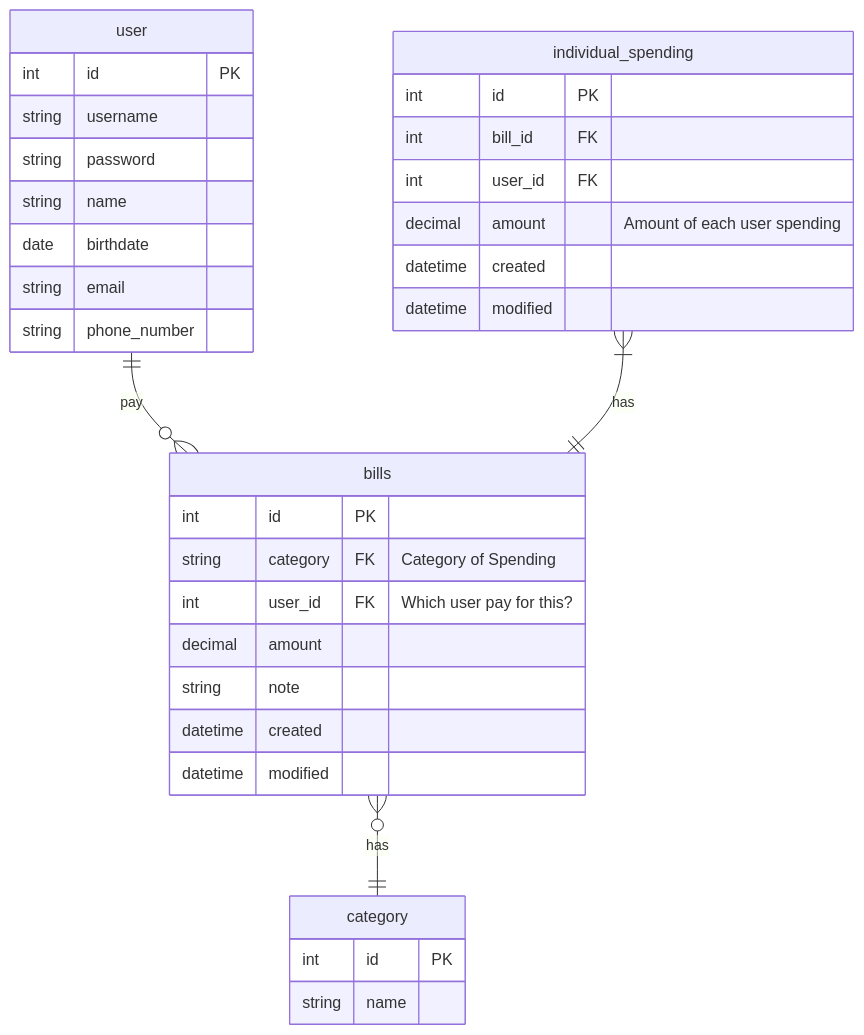
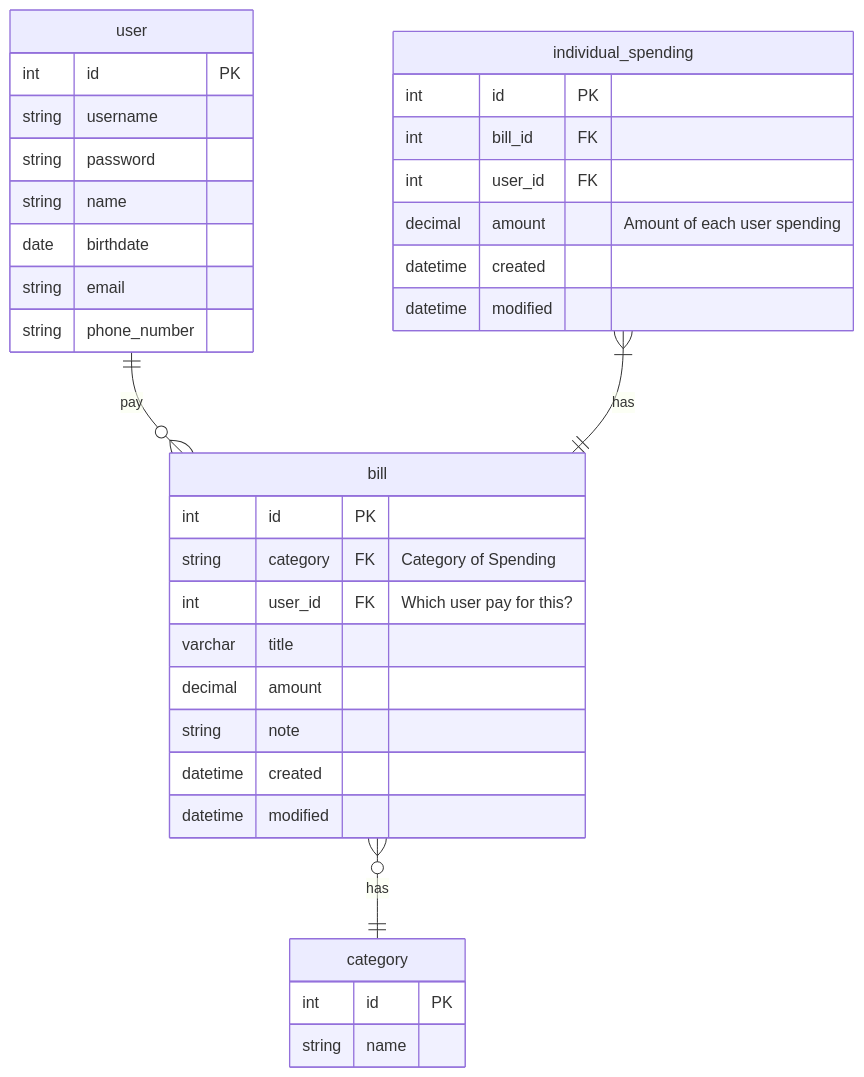
The second of 2 diagrams in mini-project/Readme.md (Skyquek/Trip-Bill-Management-System), drawn with Mermaid before and after one commit. The commit also changed 4 other files, not shown here.

````diff
--- a/mini-project/Readme.md
+++ b/mini-project/Readme.md
@@ -28,39 +28,40 @@
 ```mermaid
 erDiagram
-    user ||--o{ bills : pay
+    user ||--o{ bill : pay
     user {
         int id PK
         string username
         string password
         string name
         date birthdate
         string email
         string phone_number
     }
 
-    bills }o--|| category: "has"
-    bills {
+    bill }o--|| category: "has"
+    bill {
         int id PK
         string category FK "Category of Spending"
         int user_id FK "Which user pay for this?"
+        varchar title
         decimal amount
         string note
         datetime created
         datetime modified
     }
 
-    individual_spending }|--|| bills: "has"
+    individual_spending }|--|| bill: "has"
     individual_spending {
         int id PK
         int bill_id FK
         int user_id FK
         decimal amount "Amount of each user spending"
         datetime created
         datetime modified
     }
 
     category {
         int id PK
         string name
     }
 ```
````
